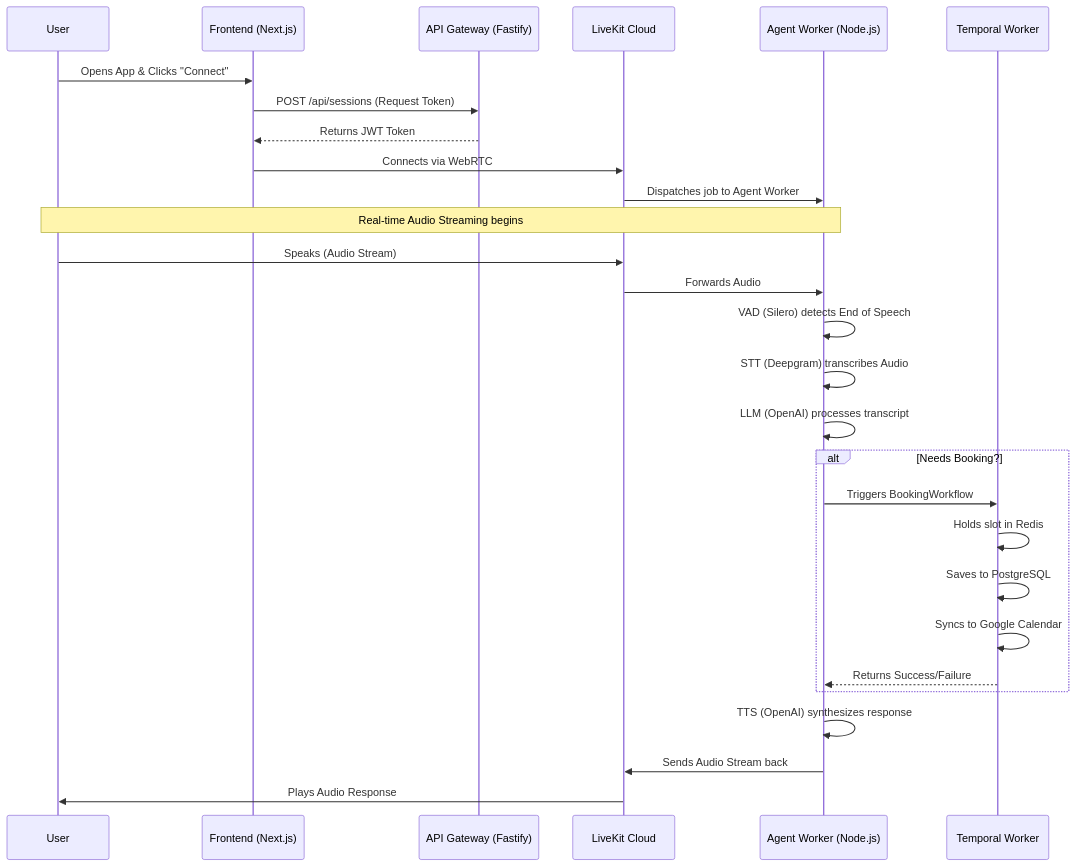
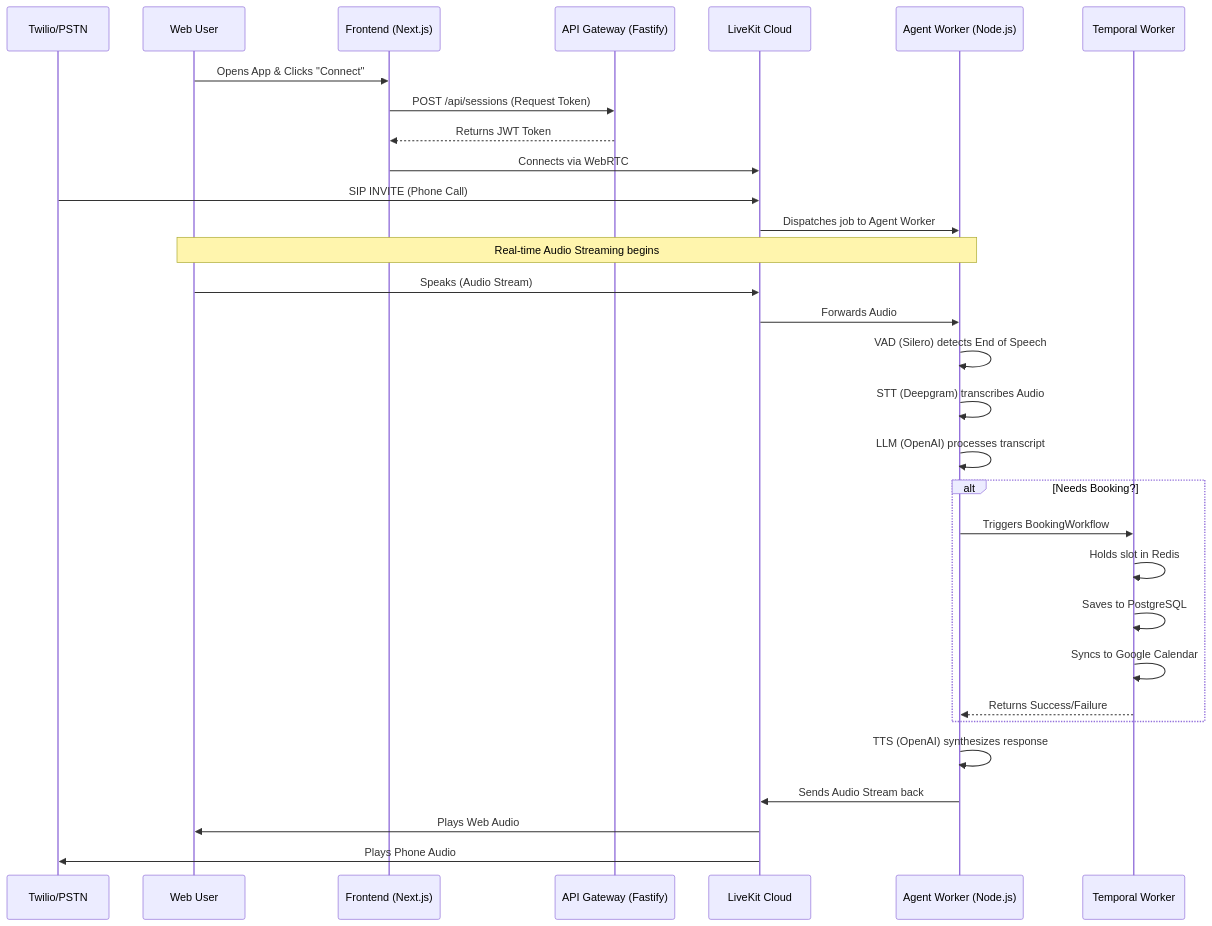
One commit to Atharva-Mendhulkar/voice-agent changed the diagram in README.md. Above: the diagram before and after it, drawn with Mermaid. The commit also changed other lines of this file, not shown here.

Commit message:
docs: update architecture diagram and add project status checklist to README

````diff
--- a/README.md
+++ b/README.md
@@ -36,35 +36,40 @@
 ```mermaid
 sequenceDiagram
-    participant U as User
+    participant T as Twilio/PSTN
+    participant U as Web User
     participant F as Frontend (Next.js)
     participant API as API Gateway (Fastify)
     participant LK as LiveKit Cloud
     participant AW as Agent Worker (Node.js)
     participant TW as Temporal Worker
 
     U->>F: Opens App & Clicks "Connect"
     F->>API: POST /api/sessions (Request Token)
     API-->>F: Returns JWT Token
     F->>LK: Connects via WebRTC
+    
+    T->>LK: SIP INVITE (Phone Call)
+    
     LK->>AW: Dispatches job to Agent Worker
     
     note over U,AW: Real-time Audio Streaming begins
     
     U->>LK: Speaks (Audio Stream)
     LK->>AW: Forwards Audio
     AW->>AW: VAD (Silero) detects End of Speech
     AW->>AW: STT (Deepgram) transcribes Audio
     AW->>AW: LLM (OpenAI) processes transcript
     
     alt Needs Booking?
         AW->>TW: Triggers BookingWorkflow
         TW->>TW: Holds slot in Redis
         TW->>TW: Saves to PostgreSQL
         TW->>TW: Syncs to Google Calendar
         TW-->>AW: Returns Success/Failure
     end
 
     AW->>AW: TTS (OpenAI) synthesizes response
     AW->>LK: Sends Audio Stream back
-    LK->>U: Plays Audio Response
+    LK->>U: Plays Web Audio
+    LK->>T: Plays Phone Audio
 ```
````
